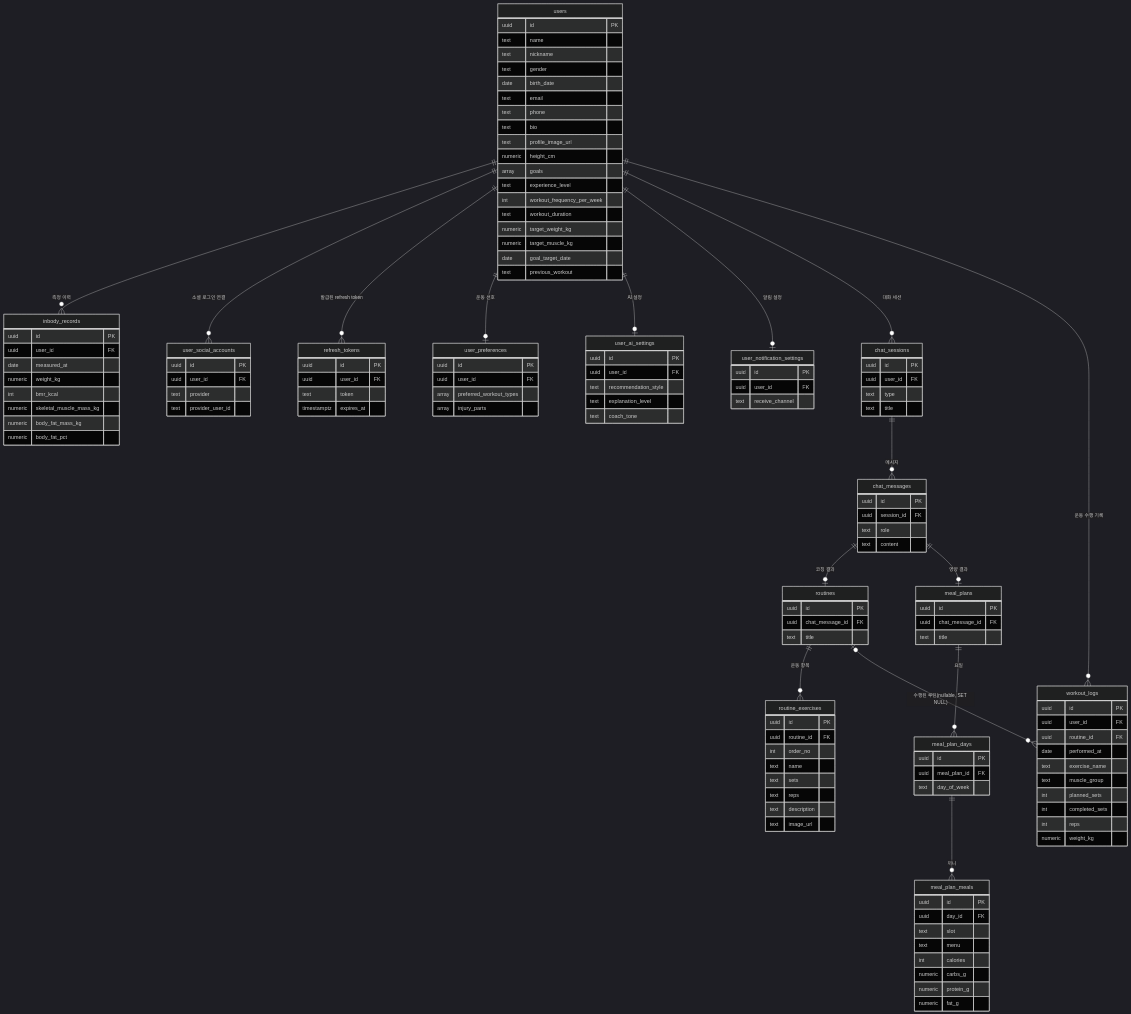
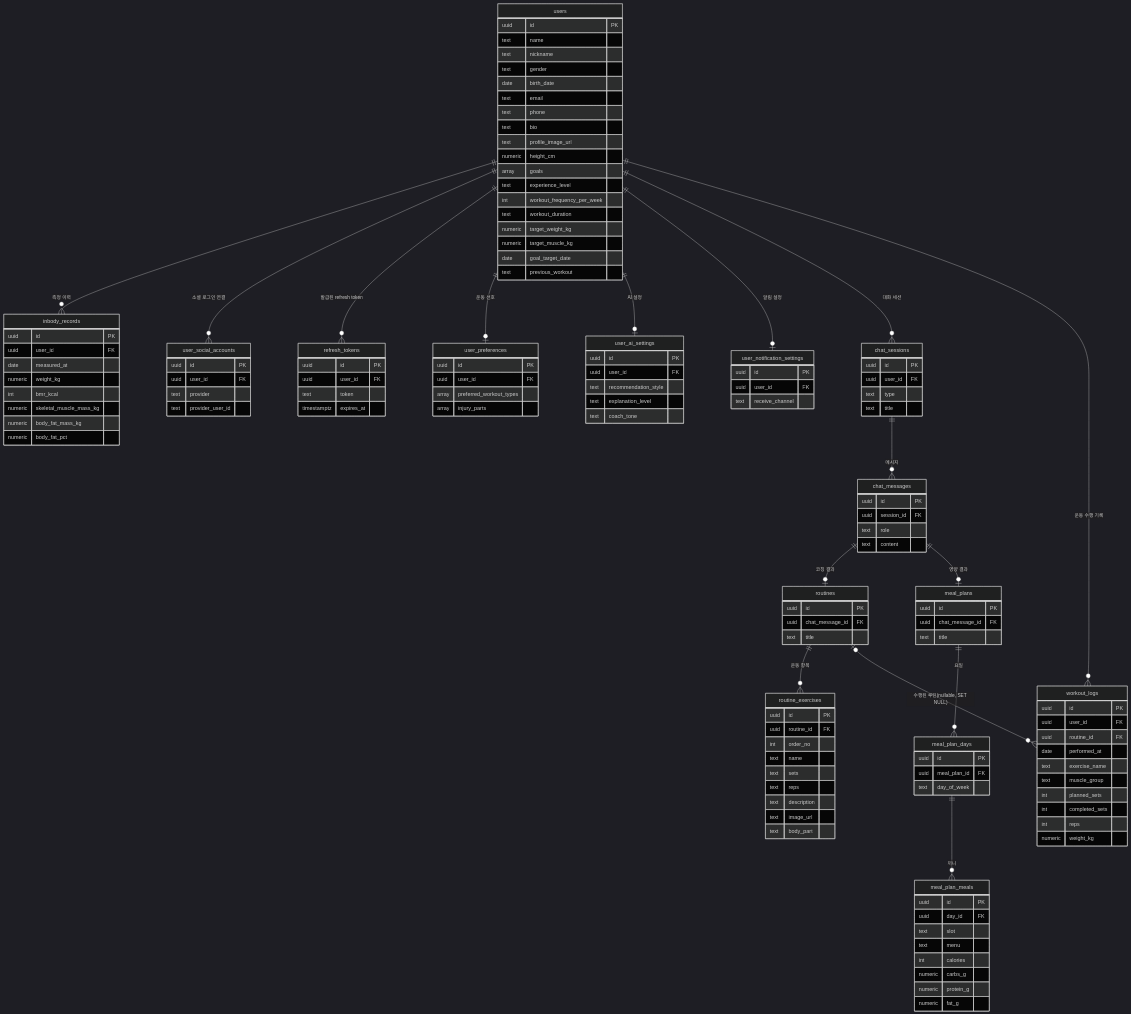
One commit to LEEMINGU03/Healthcare_BE_LEE changed the diagram in Docs/database.md. Above: the diagram before and after it, drawn with Mermaid (dark theme). The commit also changed other lines of this file and 6 other files, not shown here.

```diff
--- a/Docs/database.md
+++ b/Docs/database.md
@@ -137,6 +143,7 @@
         text reps
         text description
         text image_url
+        text body_part
     }
     meal_plans {
         uuid id PK
```
